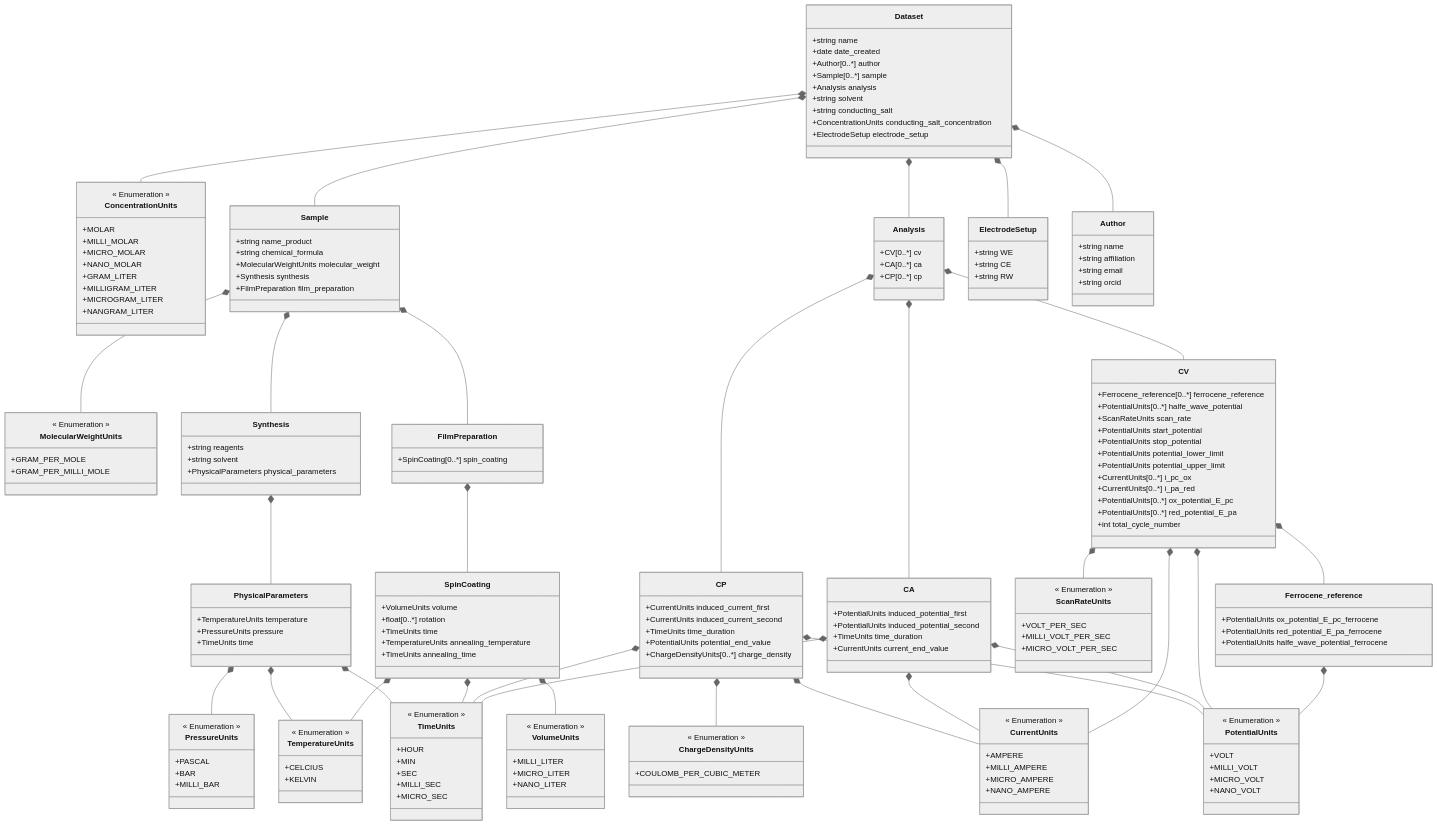
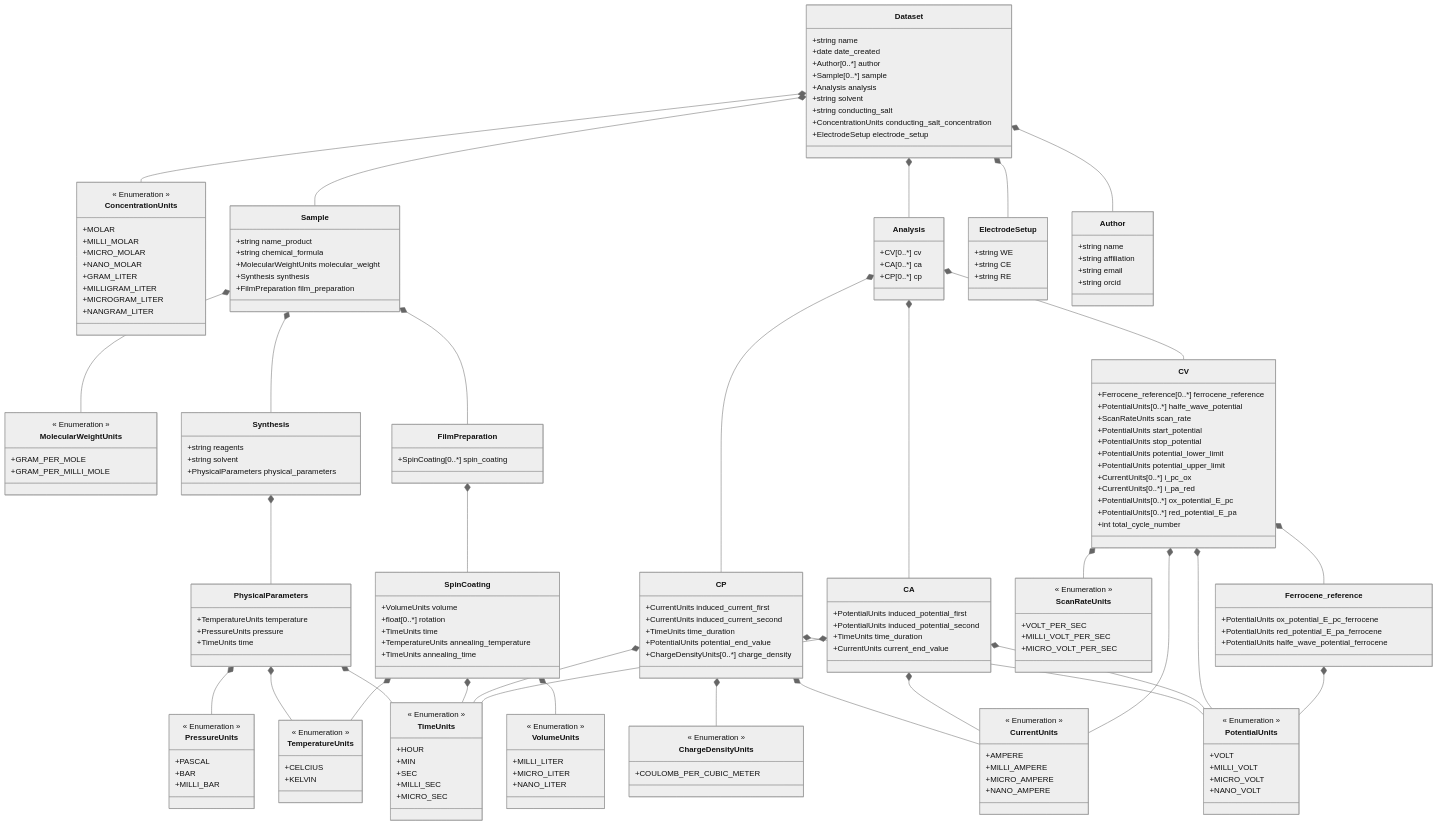
One commit to FAIRChemistry/datamodel-electrochemistry changed the diagram in ElectrochemistryDataModel/schemes/electrochemistrydatamodel_schema.md. Above: the diagram before and after it, drawn with Mermaid (neutral theme). The commit also changed 14 other files, not shown here.

```diff
--- a/ElectrochemistryDataModel/schemes/electrochemistrydatamodel_schema.md
+++ b/ElectrochemistryDataModel/schemes/electrochemistrydatamodel_schema.md
@@ -121,7 +121,7 @@
     class ElectrodeSetup {
         +string WE
         +string CE
-        +string RW
+        +string RE
     }
     
     class Author {
```
